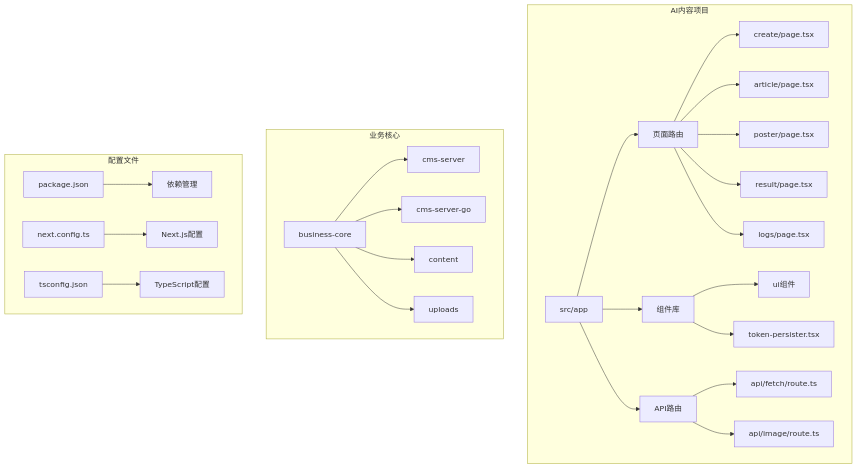
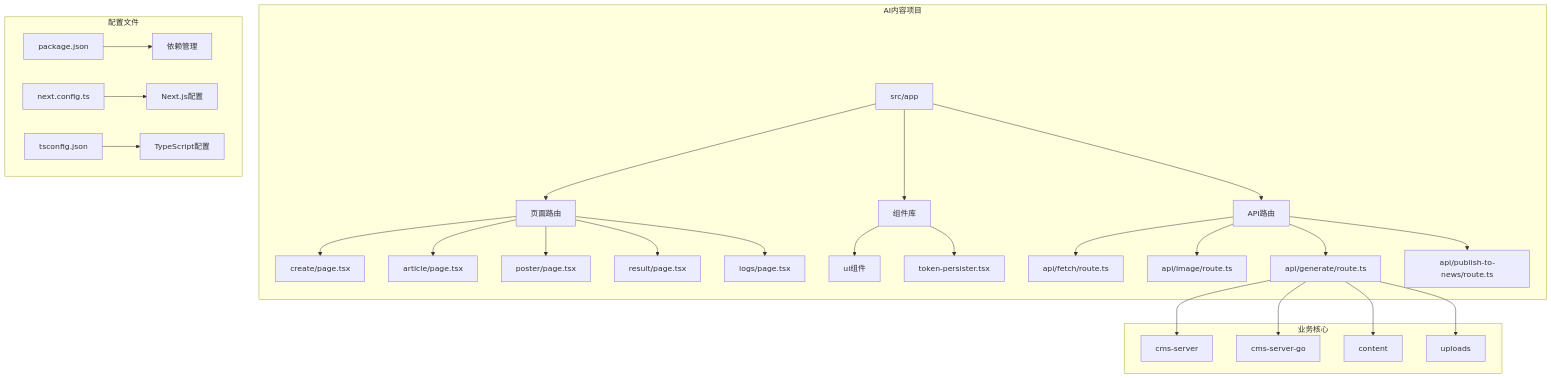
One commit to hx631580609-web/zsts-cms changed the first of 22 diagrams in .qoder/repowiki/zh/content/AI内容生成系统/AI内容生成系统.md. Above: the diagram before and after it, drawn with Mermaid. The commit also changed other lines of this file and 5 other files, not shown here.

````diff
--- a/.qoder/repowiki/zh/content/AI内容生成系统/AI内容生成系统.md
+++ b/.qoder/repowiki/zh/content/AI内容生成系统/AI内容生成系统.md
@@ -61,28 +63,30 @@
 ```mermaid
 graph TB
 subgraph "AI内容项目"
 A[src/app] --> B[页面路由]
 A --> C[组件库]
 A --> D[API路由]
 B --> E[create/page.tsx]
 B --> F[article/page.tsx]
 B --> G[poster/page.tsx]
 B --> H[result/page.tsx]
 B --> I[logs/page.tsx]
 C --> J[ui组件]
 C --> K[token-persister.tsx]
 D --> L[api/fetch/route.ts]
 D --> M[api/image/route.ts]
+D --> N[api/generate/route.ts]
+D --> O[api/publish-to-news/route.ts]
 end
 subgraph "业务核心"
-N[business-core] --> O[cms-server]
-N --> P[cms-server-go]
-N --> Q[content]
-N --> R[uploads]
+N --> P[cms-server]
+N --> Q[cms-server-go]
+N --> R[content]
+N --> S[uploads]
 end
 subgraph "配置文件"
-S[package.json] --> T[依赖管理]
-U[next.config.ts] --> V[Next.js配置]
-W[tsconfig.json] --> X[TypeScript配置]
+T[package.json] --> U[依赖管理]
+V[next.config.ts] --> W[Next.js配置]
+X[tsconfig.json] --> Y[TypeScript配置]
 end
 ```
````
